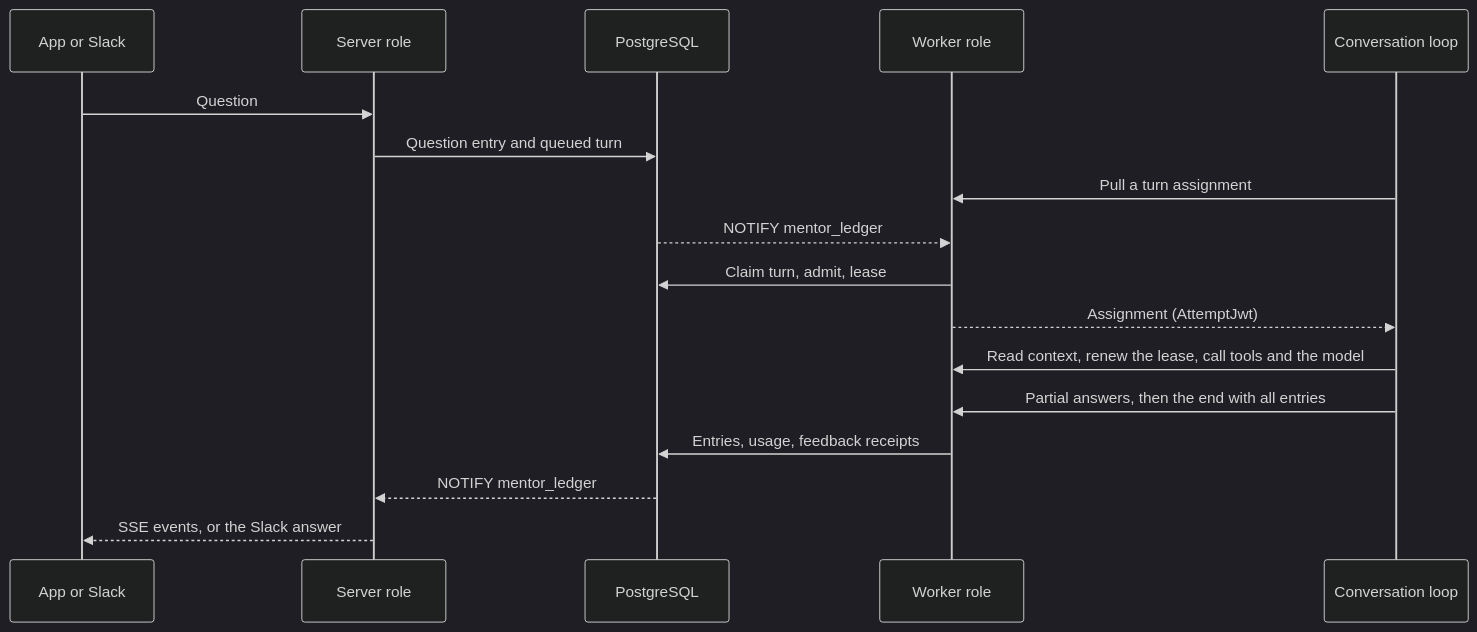
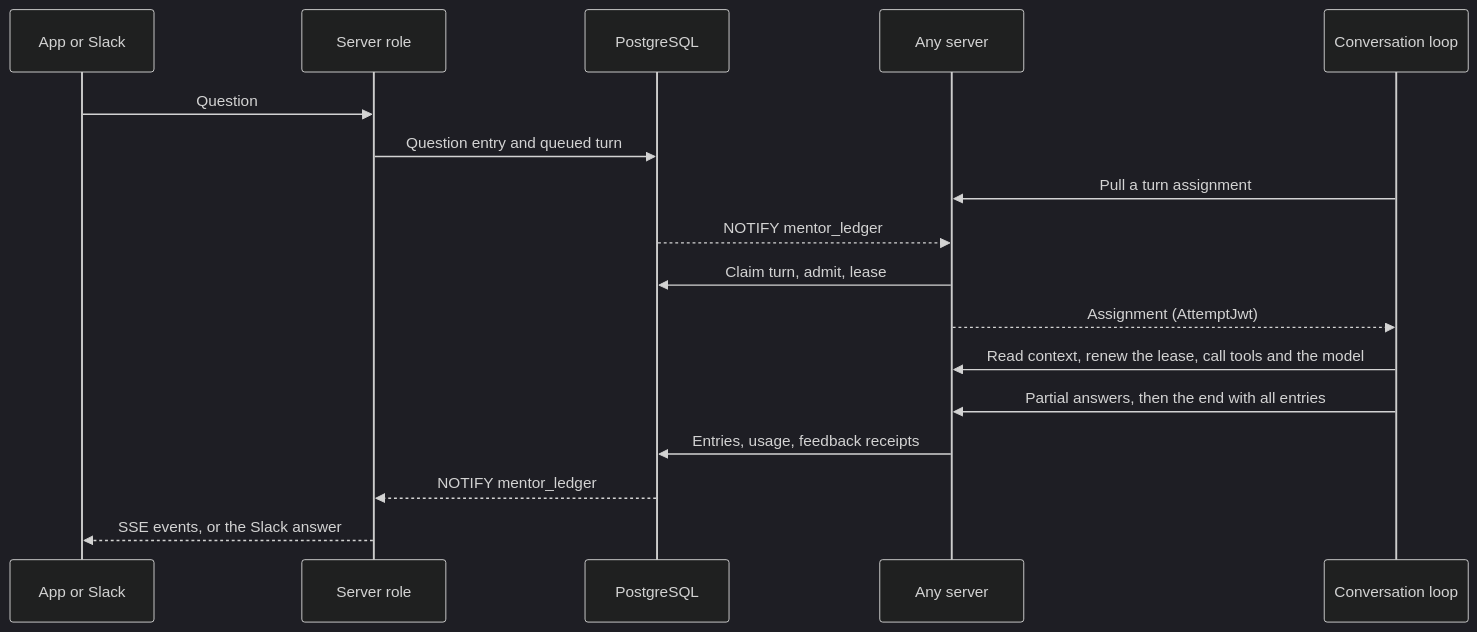
One commit to hephaestus-build/Hephaestus changed the third of 3 diagrams in docs/contributor/system-design.mdx. Above: the diagram before and after it, drawn with Mermaid (dark theme). The commit also changed other lines of this file and 522 other files, not shown here.

````diff
--- a/docs/contributor/system-design.mdx
+++ b/docs/contributor/system-design.mdx
@@ -137,21 +134,21 @@
 ```mermaid
 sequenceDiagram
     accTitle: One conversation turn
-    accDescr: The server stores the question and a queued turn. The conversation loop pulls an assignment from a worker, which claims the turn. The loop reads the context, renews the lease, reports partial answers, and sends all entries with the end of the turn, each call to any worker. The server streams changes to the app and posts Slack answers.
+    accDescr: The server stores the question and a queued turn. The conversation loop pulls an assignment from a server, which claims the turn. The loop reads the context, renews the lease, reports partial answers, and sends all entries with the end of the turn, each call to any server. The server streams changes to the app and posts Slack answers.
     participant C as App or Slack
     participant S as Server role
     participant DB as PostgreSQL
-    participant W as Worker role
+    participant W as Any server
     participant L as Conversation loop
     C->>S: Question
     S->>DB: Question entry and queued turn
     L->>W: Pull a turn assignment
     DB-->>W: NOTIFY mentor_ledger
     W->>DB: Claim turn, admit, lease
     W-->>L: Assignment (AttemptJwt)
     L->>W: Read context, renew the lease, call tools and the model
     L->>W: Partial answers, then the end with all entries
     W->>DB: Entries, usage, feedback receipts
     DB-->>S: NOTIFY mentor_ledger
     S-->>C: SSE events, or the Slack answer
 ```
````
